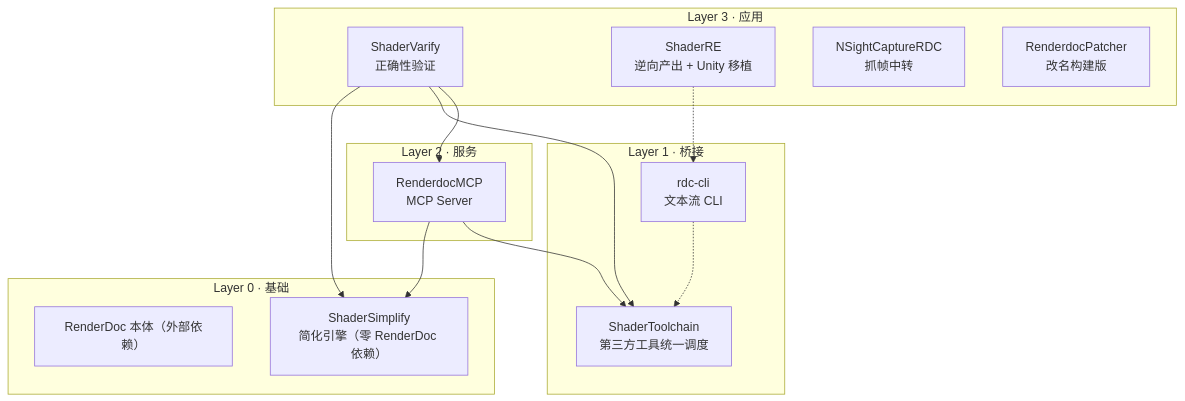
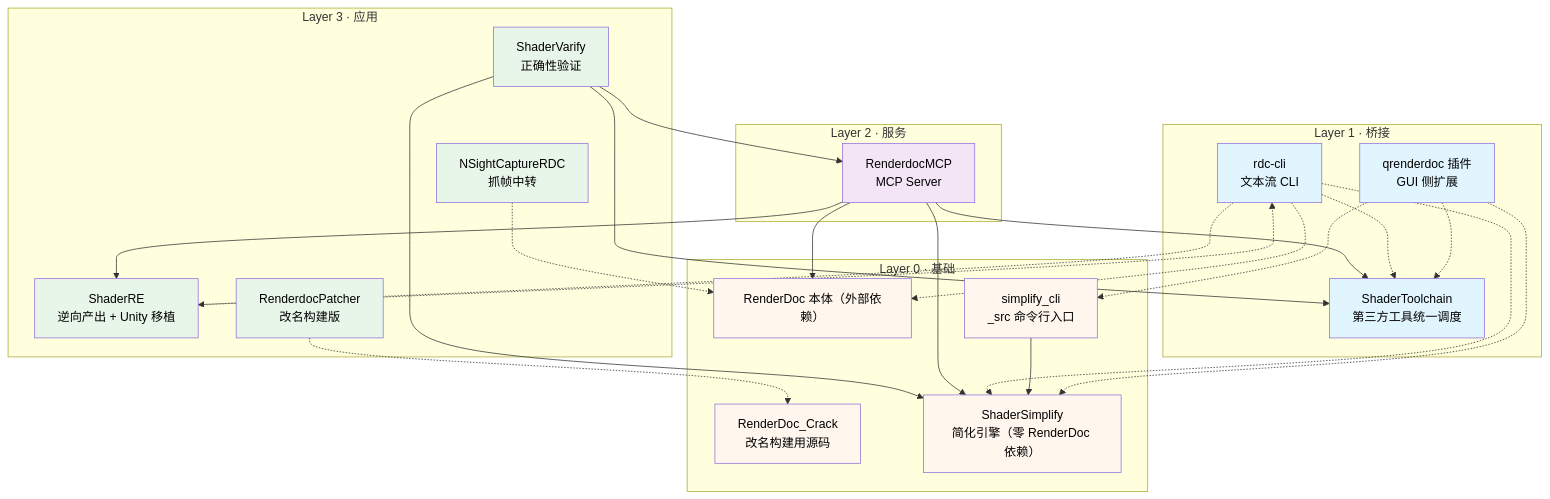
The first of 2 diagrams in content/posts/RenderDoc逆向分析工具链盘点/index.md (mr0ptimist/mr0ptimist.github.io), drawn with Mermaid before and after one commit. The commit also changed other lines of this file and 3 other files, not shown here.

First line of the commit message:
docs: RenderDoc 文章——核查修正、逆向流程图、mmd 源渲染、任务归档（合并 6 个提交）

````diff
--- a/content/posts/RenderDoc逆向分析工具链盘点/index.md
+++ b/content/posts/RenderDoc逆向分析工具链盘点/index.md
@@ -21,25 +21,46 @@
 ```mermaid
 graph TD
+    classDef foundation fill:#fff7ed,color:#000
+    classDef bridge fill:#e1f5fe,color:#000
+    classDef service fill:#f3e5f5,color:#000
+    classDef app fill:#e8f5e9,color:#000
+
     subgraph F["Layer 0 · 基础"]
       rd["RenderDoc 本体（外部依赖）"]
+      rdcrack["RenderDoc_Crack<br/>改名构建用源码"]
       ss["ShaderSimplify<br/>简化引擎（零 RenderDoc 依赖）"]
+      s_cli["simplify_cli<br/>_src 命令行入口"]
     end
     subgraph B["Layer 1 · 桥接"]
+      ext["qrenderdoc 插件<br/>GUI 侧扩展"]
       tc["ShaderToolchain<br/>第三方工具统一调度"]
       cli["rdc-cli<br/>文本流 CLI"]
     end
     subgraph S["Layer 2 · 服务"]
       mcp["RenderdocMCP<br/>MCP Server"]
     end
     subgraph A["Layer 3 · 应用"]
       sv["ShaderVarify<br/>正确性验证"]
       sre["ShaderRE<br/>逆向产出 + Unity 移植"]
       nsight["NSightCaptureRDC<br/>抓帧中转"]
       patcher["RenderdocPatcher<br/>改名构建版"]
     end
-    sv --> ss & tc
-    mcp --> ss & tc
+    sv --> ss & tc & mcp
+    mcp --> ss & tc & rd & sre
     sre -.-> cli
-    sv --> mcp
+    cli -.-> rd
     cli -.-> tc
+    cli -.-> ss
+    cli -.-> sre
+    s_cli --> ss
+    ext -.-> s_cli
+    ext -.-> ss
+    ext -.-> tc
+    nsight -.-> rd
+    patcher -.-> rdcrack
+
+    class rd,rdcrack,ss,s_cli foundation
+    class ext,tc,cli bridge
+    class mcp service
+    class sv,sre,nsight,patcher app
 ```
````
